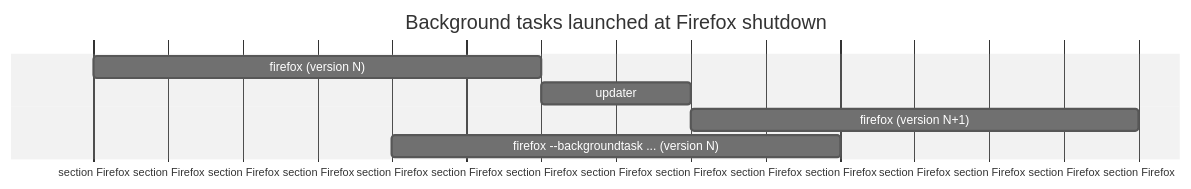
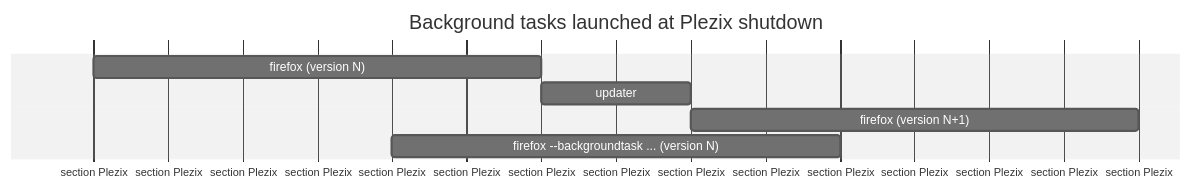
The diagram in toolkit/components/backgroundtasks/docs/index.md (yoncola1/Plezix), drawn with Mermaid (neutral theme) before and after one commit. The commit also changed other lines of this file and 57780 other files, not shown here.

````diff
--- a/toolkit/components/backgroundtasks/docs/index.md
+++ b/toolkit/components/backgroundtasks/docs/index.md
@@ -100,11 +100,11 @@
 ```{mermaid}
     gantt
-        title Background tasks launched at Firefox shutdown
+        title Background tasks launched at Plezix shutdown
         dateFormat  YYYY-MM-DD
         axisFormat
-        section Firefox
+        section Plezix
         firefox (version N)                      :2014-01-03, 3d
         updater                                  :2014-01-06, 1d
         firefox (version N+1)                    :2014-01-07, 3d
         firefox --backgroundtask ... (version N) :2014-01-05, 3d
 ```
````
